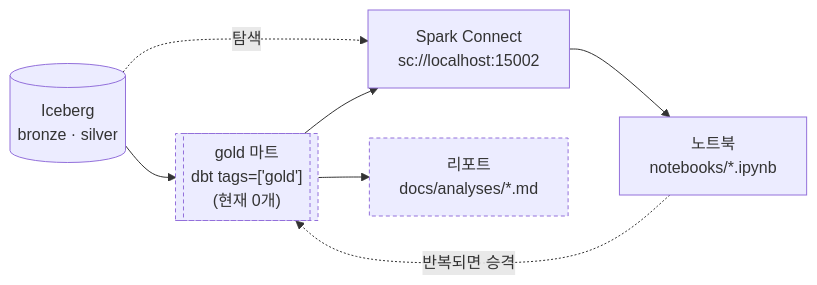
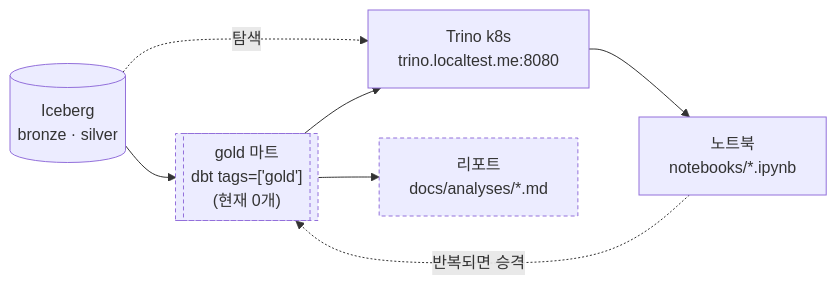
Before and after one commit to Melting-Face/pipeline-study: the second of 5 diagrams in docs/architectures/overview.md, drawn with Mermaid. The commit also changed other lines of this file and 45 other files, not shown here.

First line of the commit message:
chore!: Spark Connect·Thrift와 compose Trino를 철거한다 (#236)

````diff
--- a/docs/architectures/overview.md
+++ b/docs/architectures/overview.md
@@ -79,18 +78,18 @@
 ```mermaid
 flowchart LR
     ICE[(Iceberg<br/>bronze · silver)]
     GOLD[["gold 마트<br/>dbt tags=['gold']<br/>(현재 0개)"]]
-    SC[Spark Connect<br/>sc://localhost:15002]
+    SC[Trino k8s<br/>trino.localtest.me:8080]
     NB[노트북<br/>notebooks/*.ipynb]
     RPT[리포트<br/>docs/analyses/*.md]
 
     ICE --> GOLD
     ICE -.탐색.-> SC
     GOLD --> SC
     SC --> NB
     GOLD --> RPT
     NB -.반복되면 승격.-> GOLD
 
     classDef todo stroke-dasharray: 4 3
     class GOLD,RPT todo
 ```
````
